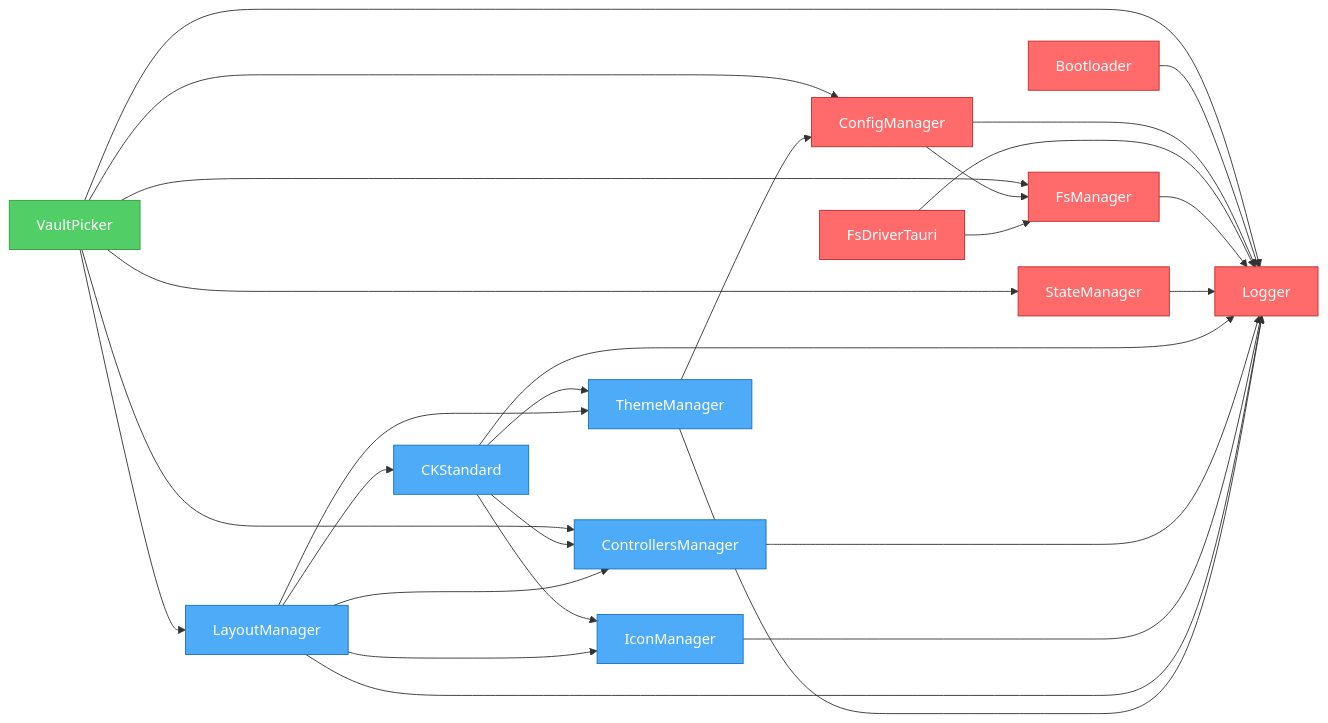
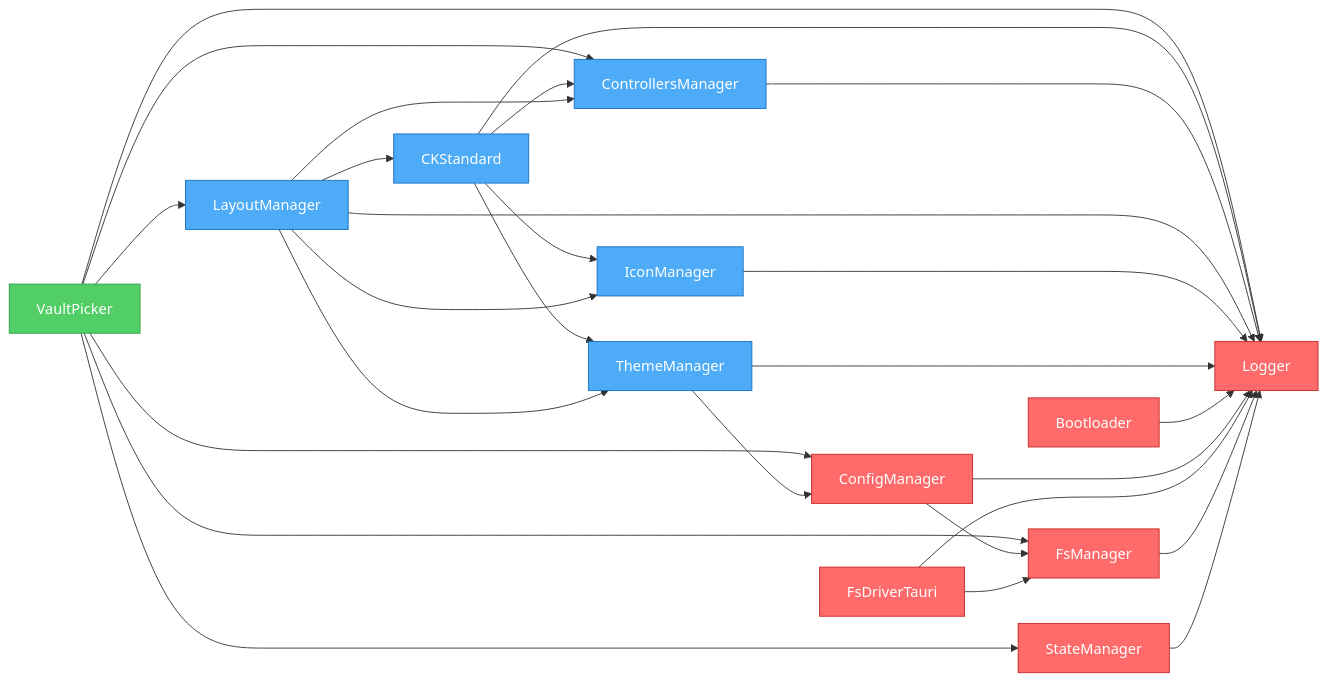
Before and after one commit to khton-tech/notehub.md: the diagram in artifacts/graph.mmd, drawn with Mermaid. The commit also changed 12 other files, not shown here.

Commit message:
feat: introduce vault picker feature with `VaultList`, new `ck-standard` UI components (Card, Button, Label), icon and theme managers, and plugin dependency graph visualization.

```diff
--- a/artifacts/graph.mmd
+++ b/artifacts/graph.mmd
@@ -1,47 +1,47 @@
 flowchart LR
     nh_features_vault-picker["VaultPicker"]
+    nh_ui_ck-standard["CKStandard"]
+    nh_ui_controllers-manager["ControllersManager"]
+    nh_ui_layout-manager["LayoutManager"]
+    nh_ui_icon-manager["IconManager"]
+    nh_ui_theme-manager["ThemeManager"]
     nh_system_bootloader["Bootloader"]
     nh_system_config-manager["ConfigManager"]
     nh_system_fs-driver-tauri["FsDriverTauri"]
     nh_system_fs-manager["FsManager"]
+    nh_system_state-manager["StateManager"]
     nh_system_logger["Logger"]
-    nh_system_state-manager["StateManager"]
-    nh_ui_ck-standard["CKStandard"]
-    nh_ui_controllers-manager["ControllersManager"]
-    nh_ui_icon-manager["IconManager"]
-    nh_ui_layout-manager["LayoutManager"]
-    nh_ui_theme-manager["ThemeManager"]
     nh_features_vault-picker --> nh_system_fs-manager
     nh_features_vault-picker --> nh_system_config-manager
     nh_features_vault-picker --> nh_system_state-manager
     nh_features_vault-picker --> nh_system_logger
     nh_features_vault-picker --> nh_ui_controllers-manager
     nh_features_vault-picker --> nh_ui_layout-manager
+    nh_ui_ck-standard --> nh_system_logger
+    nh_ui_ck-standard --> nh_ui_controllers-manager
+    nh_ui_ck-standard --> nh_ui_icon-manager
+    nh_ui_ck-standard --> nh_ui_theme-manager
+    nh_ui_controllers-manager --> nh_system_logger
+    nh_ui_layout-manager --> nh_system_logger
+    nh_ui_layout-manager --> nh_ui_theme-manager
+    nh_ui_layout-manager --> nh_ui_icon-manager
+    nh_ui_layout-manager --> nh_ui_controllers-manager
+    nh_ui_layout-manager --> nh_ui_ck-standard
+    nh_ui_icon-manager --> nh_system_logger
+    nh_ui_theme-manager --> nh_system_logger
+    nh_ui_theme-manager --> nh_system_config-manager
     nh_system_bootloader --> nh_system_logger
     nh_system_config-manager --> nh_system_logger
     nh_system_config-manager --> nh_system_fs-manager
     nh_system_fs-driver-tauri --> nh_system_logger
     nh_system_fs-driver-tauri --> nh_system_fs-manager
     nh_system_fs-manager --> nh_system_logger
     nh_system_state-manager --> nh_system_logger
-    nh_ui_ck-standard --> nh_system_logger
-    nh_ui_ck-standard --> nh_ui_controllers-manager
-    nh_ui_ck-standard --> nh_ui_icon-manager
-    nh_ui_ck-standard --> nh_ui_theme-manager
-    nh_ui_controllers-manager --> nh_system_logger
-    nh_ui_icon-manager --> nh_system_logger
-    nh_ui_layout-manager --> nh_system_logger
-    nh_ui_layout-manager --> nh_ui_theme-manager
-    nh_ui_layout-manager --> nh_ui_icon-manager
-    nh_ui_layout-manager --> nh_ui_controllers-manager
-    nh_ui_layout-manager --> nh_ui_ck-standard
-    nh_ui_theme-manager --> nh_system_logger
-    nh_ui_theme-manager --> nh_system_config-manager
 
     %% Styles
     classDef system fill:#ff6b6b,stroke:#c92a2a,color:#fff
     classDef ui fill:#4dabf7,stroke:#1971c2,color:#fff
     classDef feature fill:#51cf66,stroke:#2f9e44,color:#fff
     class nh_features_vault-picker feature
-    class nh_system_bootloader,nh_system_config-manager,nh_system_fs-driver-tauri,nh_system_fs-manager,nh_system_logger,nh_system_state-manager system
-    class nh_ui_ck-standard,nh_ui_controllers-manager,nh_ui_icon-manager,nh_ui_layout-manager,nh_ui_theme-manager ui
+    class nh_ui_ck-standard,nh_ui_controllers-manager,nh_ui_layout-manager,nh_ui_icon-manager,nh_ui_theme-manager ui
+    class nh_system_bootloader,nh_system_config-manager,nh_system_fs-driver-tauri,nh_system_fs-manager,nh_system_state-manager,nh_system_logger system
```
